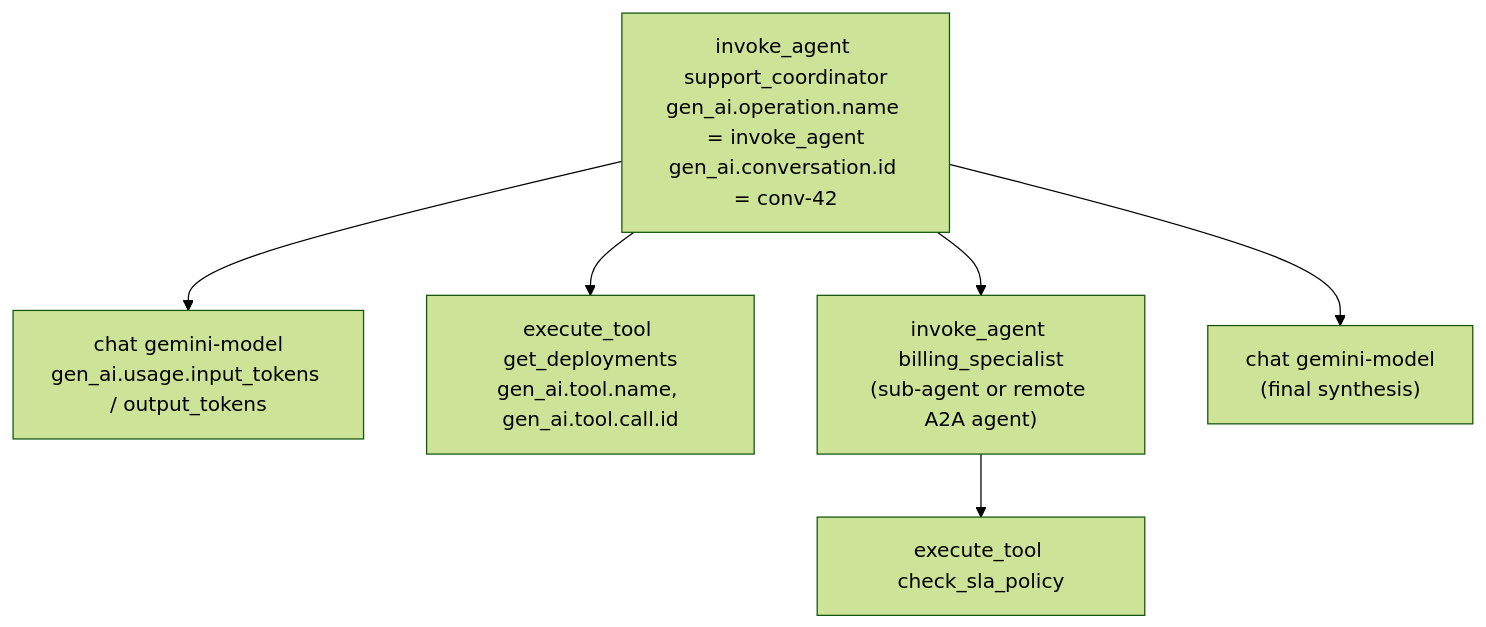
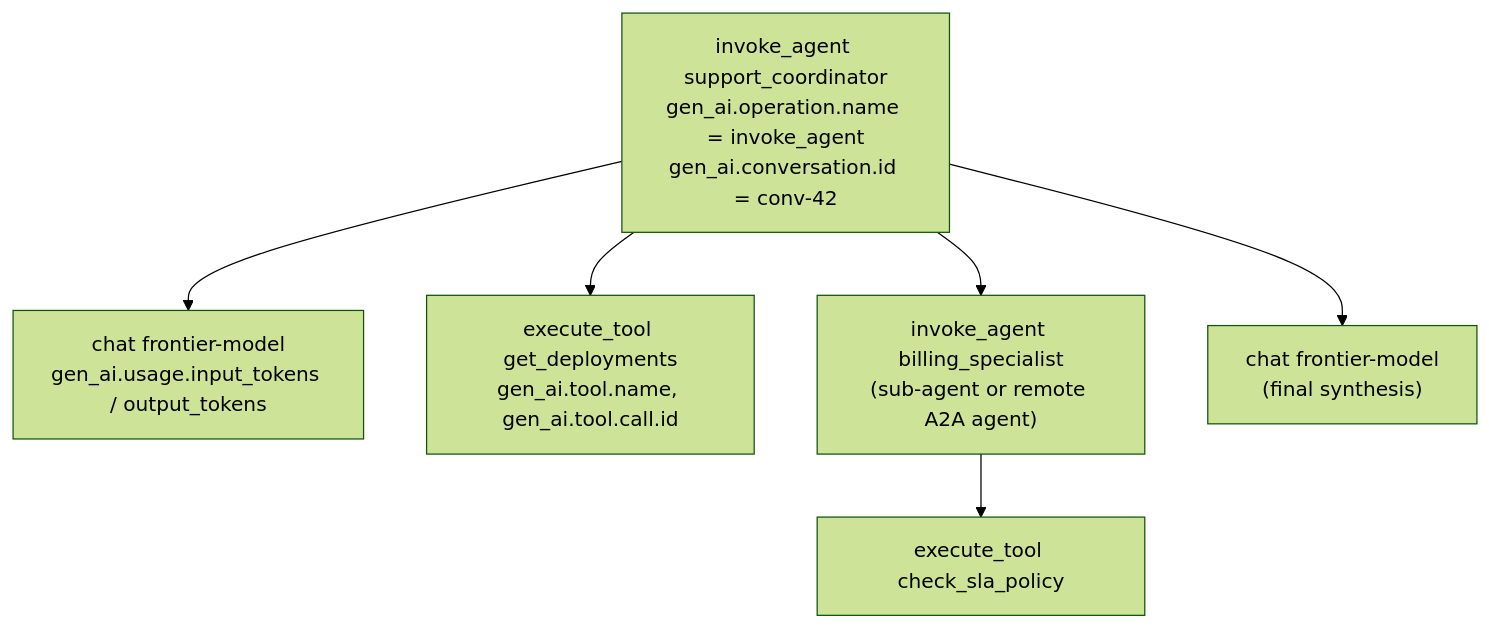
The third of 4 diagrams in chapter-10-agentic-evaluation-and-observability.md (Rajdipc/agentic-ai-orchestration-patterns), drawn with Mermaid (forest theme) before and after one commit. The commit also changed other lines of this file and 18 other files, not shown here.

````diff
--- a/chapter-10-agentic-evaluation-and-observability.md
+++ b/chapter-10-agentic-evaluation-and-observability.md
@@ -149,9 +149,9 @@
 ```mermaid
 flowchart TD
     Root["invoke_agent support_coordinator<br/>gen_ai.operation.name = invoke_agent<br/>gen_ai.conversation.id = conv-42"]
-    Root --> L1["chat gemini-model<br/>gen_ai.usage.input_tokens / output_tokens"]
+    Root --> L1["chat frontier-model<br/>gen_ai.usage.input_tokens / output_tokens"]
     Root --> T1["execute_tool get_deployments<br/>gen_ai.tool.name, gen_ai.tool.call.id"]
     Root --> Sub["invoke_agent billing_specialist<br/>(sub-agent or remote A2A agent)"]
     Sub --> T2["execute_tool check_sla_policy"]
-    Root --> L2["chat gemini-model<br/>(final synthesis)"]
+    Root --> L2["chat frontier-model<br/>(final synthesis)"]
 ```
````
